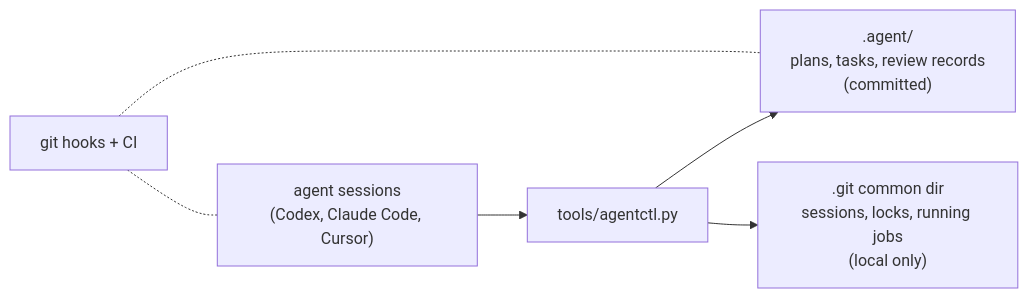
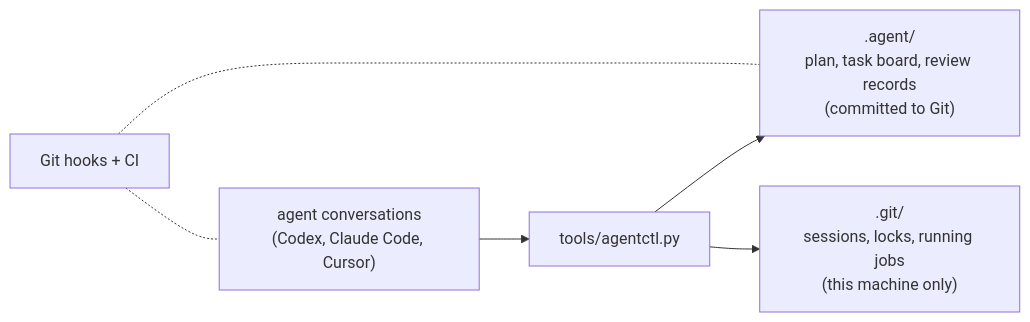
Before and after one commit to asimfish/agent-workflow-kit: the diagram in README.md, drawn with Mermaid. The commit also changed other lines of this file and 23 other files, not shown here.

````diff
--- a/README.md
+++ b/README.md
@@ -129,8 +125,8 @@
 ```mermaid
 flowchart LR
-    S["agent sessions<br/>(Codex, Claude Code, Cursor)"] --> C["tools/agentctl.py"]
-    C --> D[".agent/<br/>plans, tasks, review records<br/>(committed)"]
-    C --> L[".git common dir<br/>sessions, locks, running jobs<br/>(local only)"]
-    H["git hooks + CI"] -.- S
+    S["agent conversations<br/>(Codex, Claude Code, Cursor)"] --> C["tools/agentctl.py"]
+    C --> D[".agent/<br/>plan, task board, review records<br/>(committed to Git)"]
+    C --> L[".git/<br/>sessions, locks, running jobs<br/>(this machine only)"]
+    H["Git hooks + CI"] -.- S
     H -.- D
 ```
````
